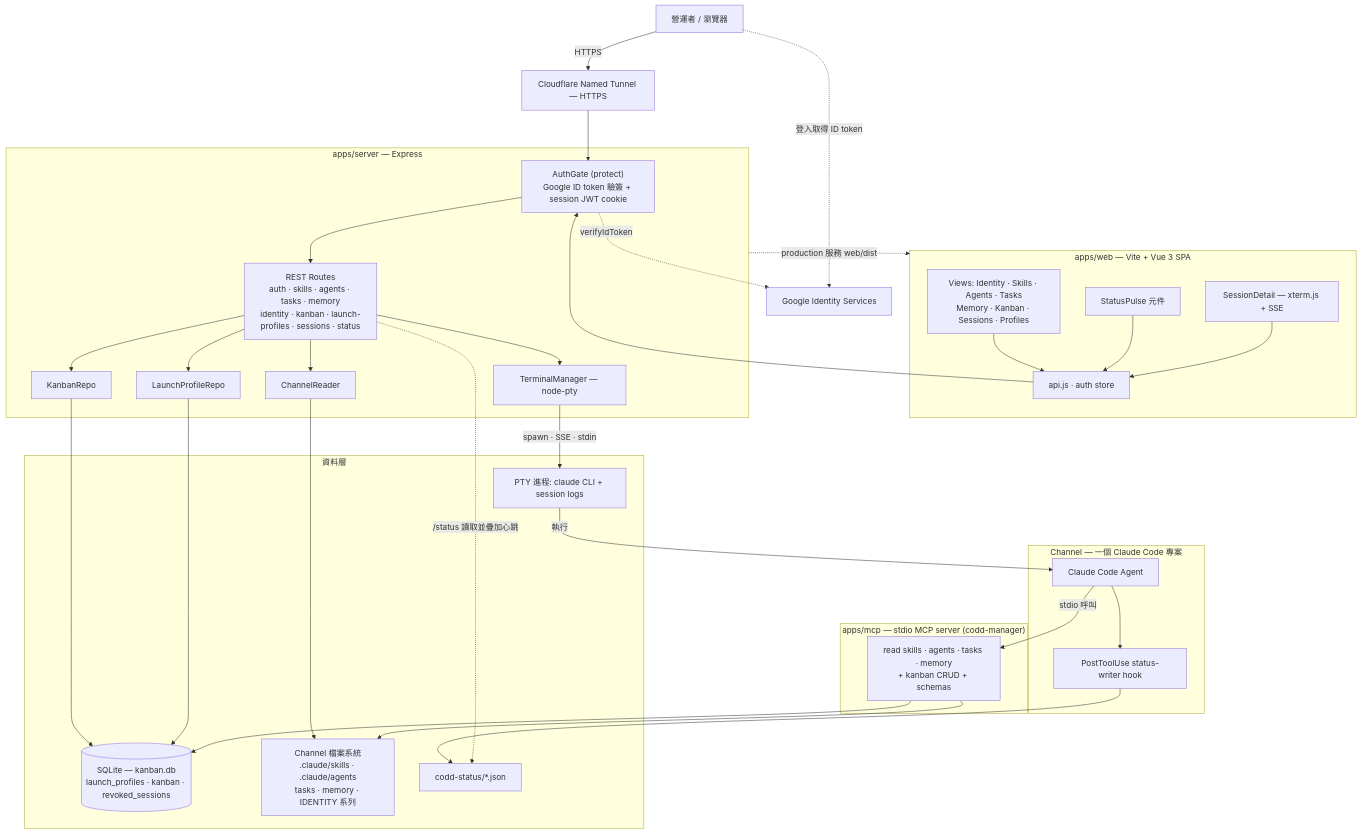
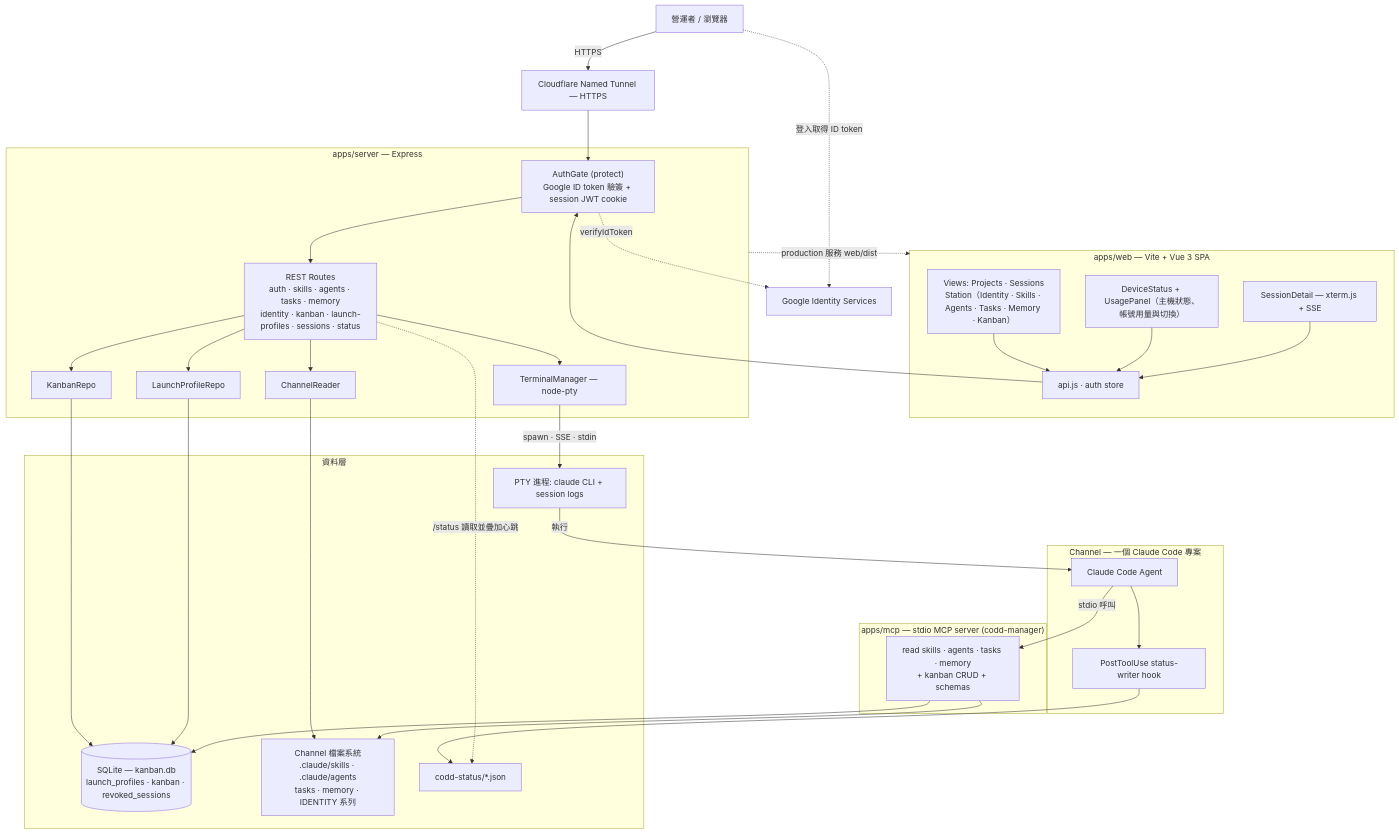
One commit to Wcc723/claude-code-operator-dashboard changed the first of 2 diagrams in README.md. Above: the diagram before and after it, drawn with Mermaid. The commit also changed other lines of this file and 52 other files, not shown here.

First line of the commit message:
feat: 帳號用量與切換（Claude / Codex）、PROJECTS + STATION、session 上色

````diff
--- a/README.md
+++ b/README.md
@@ -20,61 +24,61 @@
 ```mermaid
 flowchart TB
   Operator["營運者 / 瀏覽器"]
   Google["Google Identity Services"]
   CF["Cloudflare Named Tunnel — HTTPS"]
 
   subgraph WEB["apps/web — Vite + Vue 3 SPA"]
-    Views["Views: Identity · Skills · Agents · Tasks<br/>Memory · Kanban · Sessions · Profiles"]
-    Pulse["StatusPulse 元件"]
+    Views["Views: Projects · Sessions<br/>Station（Identity · Skills · Agents · Tasks · Memory · Kanban）"]
+    Pulse["DeviceStatus + UsagePanel（主機狀態、帳號用量與切換）"]
     Term["SessionDetail — xterm.js + SSE"]
     Api["api.js · auth store"]
   end
 
   subgraph SRV["apps/server — Express"]
     Gate["AuthGate (protect)<br/>Google ID token 驗簽 + session JWT cookie"]
     Routes["REST Routes<br/>auth · skills · agents · tasks · memory<br/>identity · kanban · launch-profiles · sessions · status"]
     CR["ChannelReader"]
     KR["KanbanRepo"]
     LPR["LaunchProfileRepo"]
     TM["TerminalManager — node-pty"]
   end
 
   subgraph MCP["apps/mcp — stdio MCP server (codd-manager)"]
     Tools["read skills · agents · tasks · memory<br/>+ kanban CRUD + schemas"]
   end
 
   subgraph DATA["資料層"]
     DB[("SQLite — kanban.db<br/>launch_profiles · kanban · revoked_sessions")]
     FS["Channel 檔案系統<br/>.claude/skills · .claude/agents<br/>tasks · memory · IDENTITY 系列"]
     ST["codd-status/*.json"]
     PTY["PTY 進程: claude CLI + session logs"]
   end
 
   subgraph CH["Channel — 一個 Claude Code 專案"]
     Agent["Claude Code Agent"]
     Hook["PostToolUse status-writer hook"]
   end
 
   Operator -->|HTTPS| CF --> Gate
   Operator -.->|登入取得 ID token| Google
   Gate -.->|verifyIdToken| Google
   Views --> Api
   Pulse --> Api
   Term --> Api
   Api --> Gate --> Routes
   Routes --> CR
   Routes --> KR
   Routes --> LPR
   Routes --> TM
   CR --> FS
   KR --> DB
   LPR --> DB
   TM -->|spawn · SSE · stdin| PTY
   PTY -->|執行| Agent
   Agent -->|stdio 呼叫| Tools
   Tools --> FS
   Tools --> DB
   Agent --> Hook --> ST
   Routes -.->|/status 讀取並疊加心跳| ST
   SRV -.->|production 服務 web/dist| WEB
 ```
````
